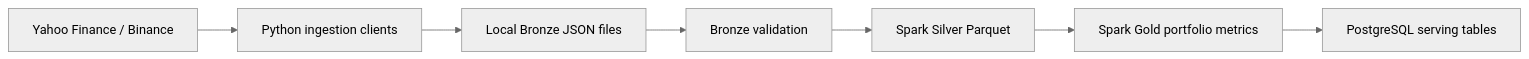
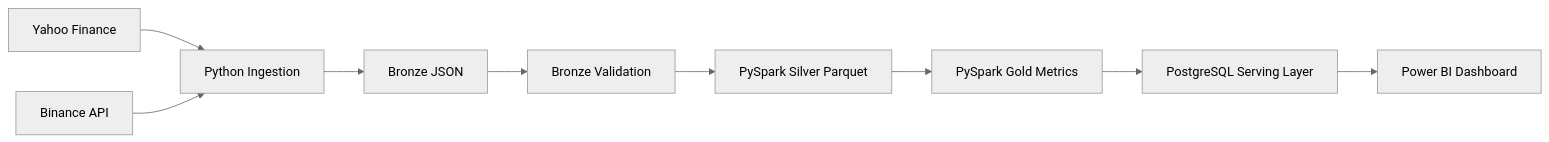
Before and after one commit to minhphamnhat95/Portfolio-DataFlow: the diagram in README.md, drawn with Mermaid (neutral theme). The commit also changed other lines of this file, not shown here.

````diff
--- a/README.md
+++ b/README.md
@@ -5,9 +22,11 @@
 ```mermaid
 flowchart LR
-  A[Yahoo Finance / Binance] --> B[Python ingestion clients]
-  B --> C[Local Bronze JSON files]
-  C --> D[Bronze validation]
-  D --> E[Spark Silver Parquet]
-  E --> F[Spark Gold portfolio metrics]
-  F --> G[PostgreSQL serving tables]
+  A[Yahoo Finance] --> C[Python Ingestion]
+  B[Binance API] --> C
+  C --> D[Bronze JSON]
+  D --> E[Bronze Validation]
+  E --> F[PySpark Silver Parquet]
+  F --> G[PySpark Gold Metrics]
+  G --> H[PostgreSQL Serving Layer]
+  H --> I[Power BI Dashboard]
 ```
````
